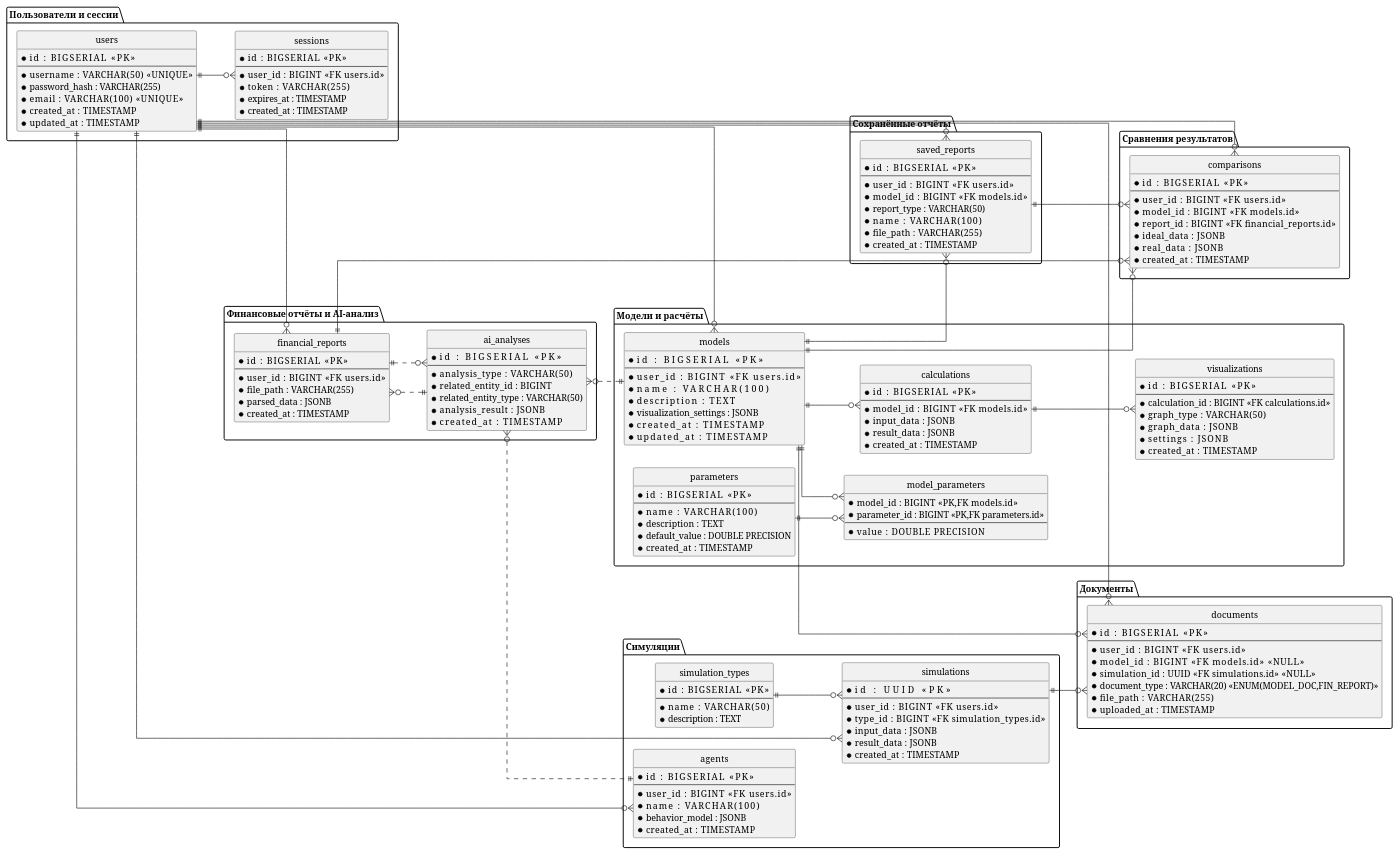
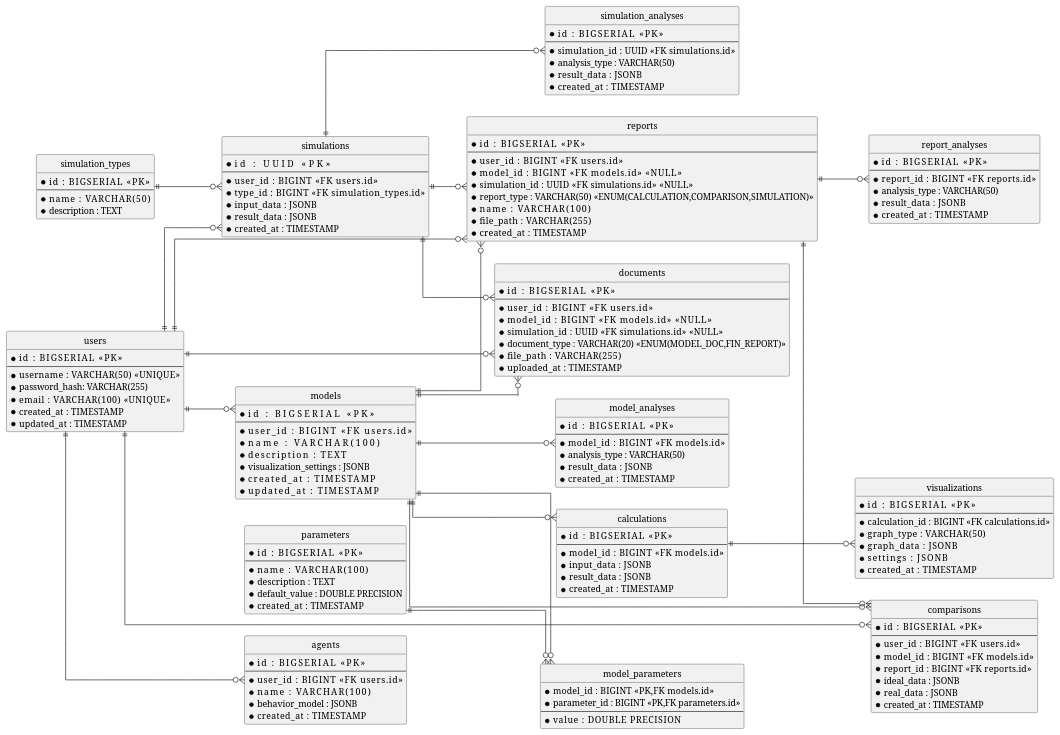
The diagram in Схемы/ER-DIAGRAM.wsd (Reinezzz/econimc-simulator), drawn with PlantUML before and after one commit. The commit also changed 18 other files, not shown here.

First line of the commit message:
Diagrams major update

```diff
--- a/Схемы/ER-DIAGRAM.wsd
+++ b/Схемы/ER-DIAGRAM.wsd
@@ -18,190 +18,184 @@
 ' Расположение слева направо
 left to right direction
 
-' Пользователи и сессии
-package "Пользователи и сессии" {
-  entity users {
-    * id            : BIGSERIAL <<PK>>
-    --
-    * username      : VARCHAR(50)  <<UNIQUE>>
-    * password_hash : VARCHAR(255)
-    * email         : VARCHAR(100) <<UNIQUE>>
-    * created_at    : TIMESTAMP
-    * updated_at    : TIMESTAMP
-  }
-  entity sessions {
-    * id         : BIGSERIAL <<PK>>
-    --
-    * user_id    : BIGINT    <<FK users.id>>
-    * token      : VARCHAR(255)
-    * expires_at : TIMESTAMP
-    * created_at : TIMESTAMP
-  }
+' Пользователи
+entity users {
+  * id           : BIGSERIAL <<PK>>
+  --
+  * username     : VARCHAR(50)  <<UNIQUE>>
+  * password_hash: VARCHAR(255)
+  * email        : VARCHAR(100) <<UNIQUE>>
+  * created_at   : TIMESTAMP
+  * updated_at   : TIMESTAMP
 }
 
-' Модели и расчёты
-package "Модели и расчёты" {
-  entity models {
-    * id                     : BIGSERIAL <<PK>>
-    --
-    * user_id                : BIGINT    <<FK users.id>>
-    * name                   : VARCHAR(100)
-    * description            : TEXT
-    * visualization_settings : JSONB
-    * created_at             : TIMESTAMP
-    * updated_at             : TIMESTAMP
-  }
-  entity parameters {
-    * id            : BIGSERIAL <<PK>>
-    --
-    * name          : VARCHAR(100)
-    * description   : TEXT
-    * default_value : DOUBLE PRECISION
-    * created_at    : TIMESTAMP
-  }
-  entity model_parameters {
-    * model_id     : BIGINT <<PK,FK models.id>>
-    * parameter_id : BIGINT <<PK,FK parameters.id>>
-    --
-    * value        : DOUBLE PRECISION
-  }
-  entity calculations {
-    * id           : BIGSERIAL <<PK>>
-    --
-    * model_id     : BIGINT    <<FK models.id>>
-    * input_data   : JSONB
-    * result_data  : JSONB
-    * created_at   : TIMESTAMP
-  }
-  entity visualizations {
-    * id             : BIGSERIAL <<PK>>
-    --
-    * calculation_id : BIGINT    <<FK calculations.id>>
-    * graph_type     : VARCHAR(50)
-    * graph_data     : JSONB
-    * settings       : JSONB
-    * created_at     : TIMESTAMP
-  }
+' Математические модели
+entity models {
+  * id                     : BIGSERIAL <<PK>>
+  --
+  * user_id                : BIGINT    <<FK users.id>>
+  * name                   : VARCHAR(100)
+  * description            : TEXT
+  * visualization_settings : JSONB
+  * created_at             : TIMESTAMP
+  * updated_at             : TIMESTAMP
 }
 
-' Финансовые отчёты и AI-анализ
-package "Финансовые отчёты и AI-анализ" {
-  entity financial_reports {
-    * id          : BIGSERIAL <<PK>>
-    --
-    * user_id     : BIGINT    <<FK users.id>>
-    * file_path   : VARCHAR(255)
-    * parsed_data : JSONB
-    * created_at  : TIMESTAMP
-  }
-  entity ai_analyses {
-    * id                   : BIGSERIAL <<PK>>
-    --
-    * analysis_type        : VARCHAR(50)
-    * related_entity_id    : BIGINT
-    * related_entity_type  : VARCHAR(50)
-    * analysis_result      : JSONB
-    * created_at           : TIMESTAMP
-  }
+entity parameters {
+  * id            : BIGSERIAL <<PK>>
+  --
+  * name          : VARCHAR(100)
+  * description   : TEXT
+  * default_value : DOUBLE PRECISION
+  * created_at    : TIMESTAMP
 }
 
-' Сравнения идеального и реального
-package "Сравнения результатов" {
-  entity comparisons {
-    * id            : BIGSERIAL <<PK>>
-    --
-    * user_id       : BIGINT    <<FK users.id>>
-    * model_id      : BIGINT    <<FK models.id>>
-    * report_id     : BIGINT    <<FK financial_reports.id>>
-    * ideal_data    : JSONB
-    * real_data     : JSONB
-    * created_at    : TIMESTAMP
-  }
+entity model_parameters {
+  * model_id     : BIGINT <<PK,FK models.id>>
+  * parameter_id : BIGINT <<PK,FK parameters.id>>
+  --
+  * value        : DOUBLE PRECISION
 }
 
-' Сохранённые отчёты
-package "Сохранённые отчёты" {
-  entity saved_reports {
-    * id           : BIGSERIAL <<PK>>
-    --
-    * user_id      : BIGINT    <<FK users.id>>
-    * model_id     : BIGINT    <<FK models.id>>
-    * report_type  : VARCHAR(50)
-    * name         : VARCHAR(100)
-    * file_path    : VARCHAR(255)
-    * created_at   : TIMESTAMP
-  }
+' Расчёты и визуализации
+entity calculations {
+  * id           : BIGSERIAL <<PK>>
+  --
+  * model_id     : BIGINT    <<FK models.id>>
+  * input_data   : JSONB
+  * result_data  : JSONB
+  * created_at   : TIMESTAMP
+}
+
+entity visualizations {
+  * id             : BIGSERIAL <<PK>>
+  --
+  * calculation_id : BIGINT    <<FK calculations.id>>
+  * graph_type     : VARCHAR(50)
+  * graph_data     : JSONB
+  * settings       : JSONB
+  * created_at     : TIMESTAMP
 }
 
 ' Симуляции
-package "Симуляции" {
-  entity simulation_types {
-    * id          : BIGSERIAL <<PK>>
-    --
-    * name        : VARCHAR(50)
-    * description : TEXT
-  }
-  entity simulations {
-    * id           : UUID       <<PK>>
-    --
-    * user_id      : BIGINT     <<FK users.id>>
-    * type_id      : BIGINT     <<FK simulation_types.id>>
-    * input_data   : JSONB
-    * result_data  : JSONB
-    * created_at   : TIMESTAMP
-  }
-  entity agents {
-    * id             : BIGSERIAL <<PK>>
-    --
-    * user_id        : BIGINT    <<FK users.id>>
-    * name           : VARCHAR(100)
-    * behavior_model : JSONB
-    * created_at     : TIMESTAMP
-  }
+entity simulation_types {
+  * id          : BIGSERIAL <<PK>>
+  --
+  * name        : VARCHAR(50)
+  * description : TEXT
 }
 
-' Документы
-package "Документы" {
-  entity documents {
-    * id             : BIGSERIAL <<PK>>
-    --
-    * user_id        : BIGINT    <<FK users.id>>
-    * model_id       : BIGINT    <<FK models.id>>      <<NULL>>
-    * simulation_id  : UUID      <<FK simulations.id>>  <<NULL>>
-    * document_type  : VARCHAR(20) <<ENUM(MODEL_DOC,FIN_REPORT)>>
-    * file_path      : VARCHAR(255)
-    * uploaded_at    : TIMESTAMP
-  }
+entity simulations {
+  * id           : UUID       <<PK>>
+  --
+  * user_id      : BIGINT     <<FK users.id>>
+  * type_id      : BIGINT     <<FK simulation_types.id>>
+  * input_data   : JSONB
+  * result_data  : JSONB
+  * created_at   : TIMESTAMP
+}
+
+entity agents {
+  * id             : BIGSERIAL <<PK>>
+  --
+  * user_id        : BIGINT    <<FK users.id>>
+  * name           : VARCHAR(100)
+  * behavior_model : JSONB
+  * created_at     : TIMESTAMP
+}
+
+' Документы (модельные и финансовые)
+entity documents {
+  * id             : BIGSERIAL <<PK>>
+  --
+  * user_id        : BIGINT    <<FK users.id>>
+  * model_id       : BIGINT    <<FK models.id>>      <<NULL>>
+  * simulation_id  : UUID      <<FK simulations.id>>  <<NULL>>
+  * document_type  : VARCHAR(20) <<ENUM(MODEL_DOC,FIN_REPORT)>>
+  * file_path      : VARCHAR(255)
+  * uploaded_at    : TIMESTAMP
+}
+
+' Экспорты / Сохранённые отчёты
+entity reports {
+  * id            : BIGSERIAL <<PK>>
+  --
+  * user_id       : BIGINT    <<FK users.id>>
+  * model_id      : BIGINT    <<FK models.id>>      <<NULL>>
+  * simulation_id : UUID      <<FK simulations.id>>  <<NULL>>
+  * report_type   : VARCHAR(50) <<ENUM(CALCULATION,COMPARISON,SIMULATION)>>
+  * name          : VARCHAR(100)
+  * file_path     : VARCHAR(255)
+  * created_at    : TIMESTAMP
+}
+
+' Сравнение идеального и реального
+entity comparisons {
+  * id         : BIGSERIAL <<PK>>
+  --
+  * user_id    : BIGINT    <<FK users.id>>
+  * model_id   : BIGINT    <<FK models.id>>
+  * report_id  : BIGINT    <<FK reports.id>>
+  * ideal_data : JSONB
+  * real_data  : JSONB
+  * created_at : TIMESTAMP
+}
+
+' AI-анализ документов и отчётов
+entity model_analyses {
+  * id            : BIGSERIAL <<PK>>
+  --
+  * model_id      : BIGINT    <<FK models.id>>
+  * analysis_type : VARCHAR(50)
+  * result_data   : JSONB
+  * created_at    : TIMESTAMP
+}
+
+entity report_analyses {
+  * id            : BIGSERIAL <<PK>>
+  --
+  * report_id     : BIGINT    <<FK reports.id>>
+  * analysis_type : VARCHAR(50)
+  * result_data   : JSONB
+  * created_at    : TIMESTAMP
+}
+
+entity simulation_analyses {
+  * id            : BIGSERIAL <<PK>>
+  --
+  * simulation_id : UUID      <<FK simulations.id>>
+  * analysis_type : VARCHAR(50)
+  * result_data   : JSONB
+  * created_at    : TIMESTAMP
 }
 
 '--- Связи ---
-users       ||--o{ sessions
-users       ||--o{ models
-users       ||--o{ financial_reports
-users       ||--o{ simulations
-users       ||--o{ agents
-users       ||--o{ documents
-users       ||--o{ saved_reports
-users       ||--o{ comparisons
+users               ||--o{ models
+users               ||--o{ simulations
+users               ||--o{ agents
+users               ||--o{ documents
+users               ||--o{ reports
+users               ||--o{ comparisons
 
-models      ||--o{ model_parameters
-parameters  ||--o{ model_parameters
+models              ||--o{ model_parameters
+parameters          ||--o{ model_parameters
 
-models      ||--o{ calculations
-calculations||--o{ visualizations
+models              ||--o{ calculations
+calculations        ||--o{ visualizations
 
-models      ||--o{ documents
-simulations ||--o{ documents
+simulation_types    ||--o{ simulations
+simulations         ||--o{ simulation_analyses
 
-simulation_types ||--o{ simulations
+models              ||--o{ model_analyses
+reports             ||--o{ report_analyses
 
-financial_reports }o..|| ai_analyses
-ai_analyses       }o..|| models
-ai_analyses       }o..|| financial_reports
-ai_analyses       }o..|| agents
+models              ||--o{ documents
+simulations         ||--o{ documents
 
-models      ||--o{ saved_reports
-financial_reports||--o{ comparisons
-models      ||--o{ comparisons
-saved_reports||--o{ comparisons
+models              ||--o{ reports
+simulations         ||--o{ reports
+
+models              ||--o{ comparisons
+reports             ||--o{ comparisons
+
 @enduml
```
